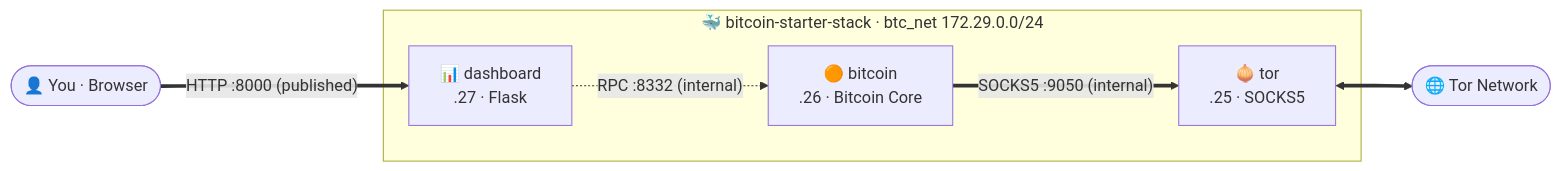
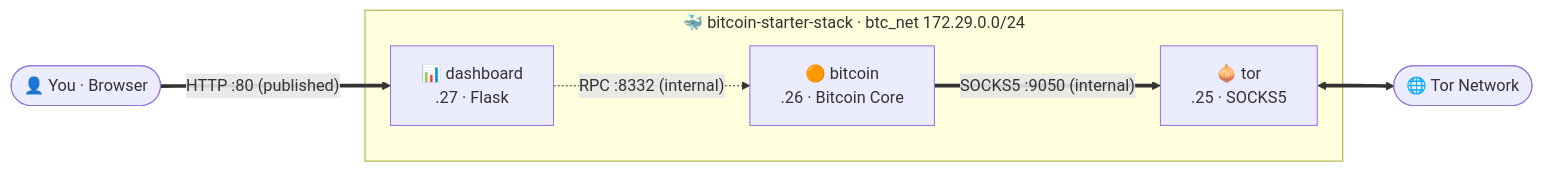
Before and after one commit to VijitSingh97/bitcoin-starter-stack: the diagram in docs/architecture.md, drawn with Mermaid. The commit also changed other lines of this file and 12 other files, not shown here.

````diff
--- a/docs/architecture.md
+++ b/docs/architecture.md
@@ -6,16 +6,16 @@
 ```mermaid
 flowchart LR
     You(["👤 You · Browser"])
     Net(["🌐 Tor Network"])
 
     subgraph stack ["🐳 bitcoin-starter-stack · btc_net 172.29.0.0/24"]
         Dashboard["📊 dashboard<br/>.27 · Flask"]
         Bitcoin["🟠 bitcoin<br/>.26 · Bitcoin Core"]
         Tor["🧅 tor<br/>.25 · SOCKS5"]
     end
 
-    You ==>|"HTTP :8000 (published)"| Dashboard
+    You ==>|"HTTP :80 (published)"| Dashboard
     Dashboard -.->|"RPC :8332 (internal)"| Bitcoin
     Bitcoin ==>|"SOCKS5 :9050 (internal)"| Tor
     Tor <==> Net
 ```
````
